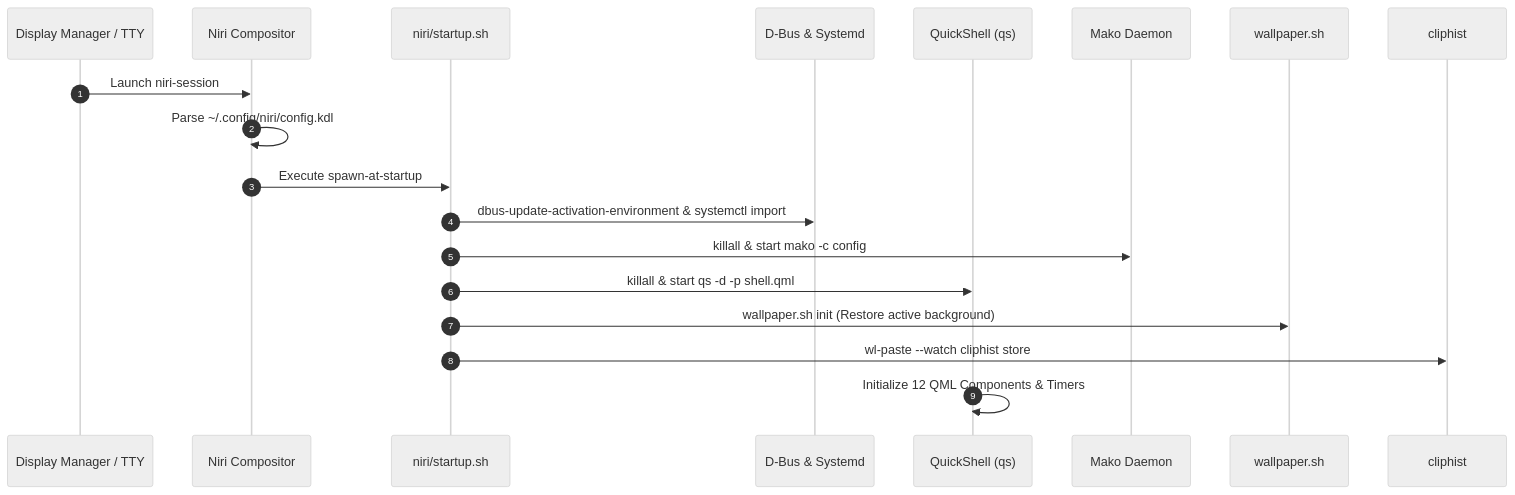
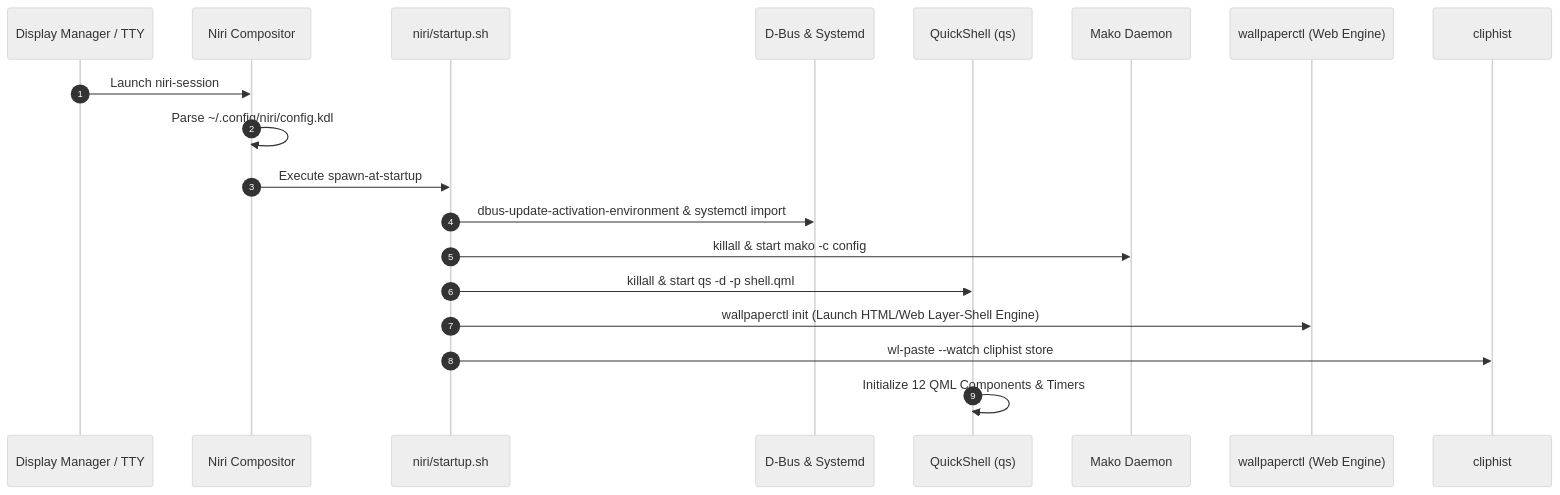
The diagram in docs/complex/ARCHITECTURE.md (Aryan-Harmalkar/DARK_NIRI), drawn with Mermaid (neutral theme) before and after one commit. The commit also changed 46 other files, not shown here.

Commit message:
added html rendered wallpaper v1

````diff
--- a/docs/complex/ARCHITECTURE.md
+++ b/docs/complex/ARCHITECTURE.md
@@ -28,22 +28,22 @@
 ```mermaid
 sequenceDiagram
     autonumber
     participant DM as Display Manager / TTY
     participant Niri as Niri Compositor
     participant Startup as niri/startup.sh
     participant DBus as D-Bus & Systemd
     participant QS as QuickShell (qs)
     participant Mako as Mako Daemon
-    participant Wall as wallpaper.sh
+    participant Wall as wallpaperctl (Web Engine)
     participant Clip as cliphist
 
     DM->>Niri: Launch niri-session
     Niri->>Niri: Parse ~/.config/niri/config.kdl
     Niri->>Startup: Execute spawn-at-startup
     Startup->>DBus: dbus-update-activation-environment & systemctl import
     Startup->>Mako: killall & start mako -c config
     Startup->>QS: killall & start qs -d -p shell.qml
-    Startup->>Wall: wallpaper.sh init (Restore active background)
+    Startup->>Wall: wallpaperctl init (Launch HTML/Web Layer-Shell Engine)
     Startup->>Clip: wl-paste --watch cliphist store
     QS->>QS: Initialize 12 QML Components & Timers
 ```
````
